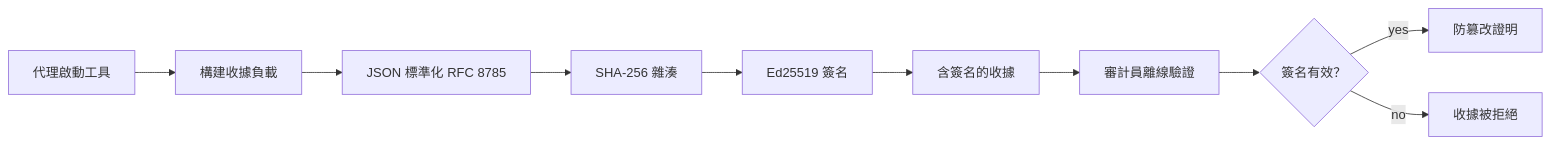
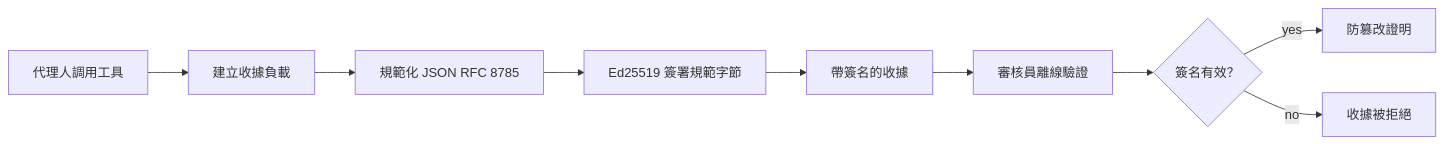
The first of 2 diagrams in mirrors/repos/microsoft@ai-agents-for-beginners/translations/zh-MO/18-securing-ai-agents/README.md (gabrielmoreira/agent-skills-mirror), drawn with Mermaid before and after one commit. The commit also changed other lines of this file and 4262 other files, not shown here.

````diff
--- a/mirrors/repos/microsoft@ai-agents-for-beginners/translations/zh-MO/18-securing-ai-agents/README.md
+++ b/mirrors/repos/microsoft@ai-agents-for-beginners/translations/zh-MO/18-securing-ai-agents/README.md
@@ -51,12 +51,11 @@
 ```mermaid
 flowchart LR
-    A[代理啟動工具] --> B[構建收據負載]
-    B --> C[JSON 標準化 RFC 8785]
-    C --> D[SHA-256 雜湊]
-    D --> E[Ed25519 簽名]
-    E --> F[含簽名的收據]
-    F --> G[審計員離線驗證]
+    A[代理人調用工具] --> B[建立收據負載]
+    B --> C[規範化 JSON RFC 8785]
+    C --> E[Ed25519 簽署規範字節]
+    E --> F[帶簽名的收據]
+    F --> G[審核員離線驗證]
     G --> H{簽名有效？}
     H -- yes --> I[防篡改證明]
     H -- no --> J[收據被拒絕]
 ```
````
